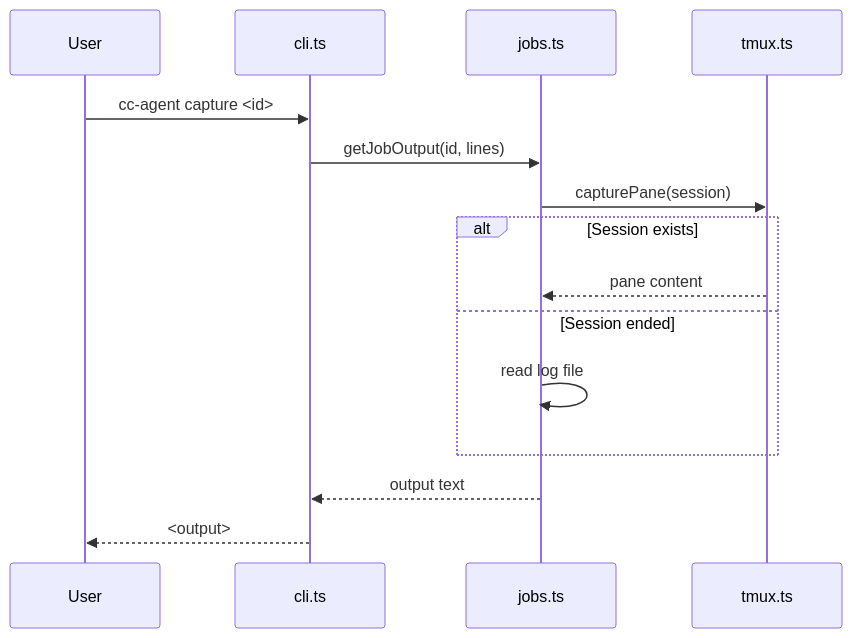
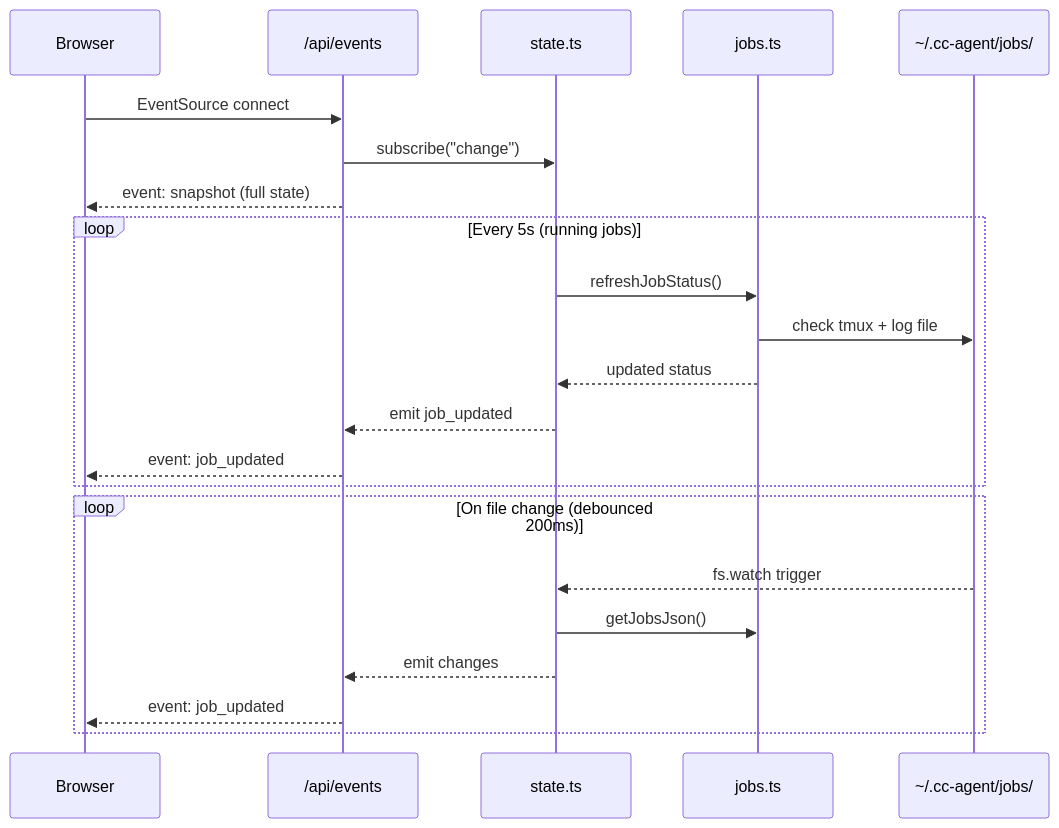
Before and after one commit to Narcis13/cc-master: the third of 5 diagrams in docs/CODEBASE_MAP.md, drawn with Mermaid. The commit also changed other lines of this file and 9 other files, not shown here.

````diff
--- a/docs/CODEBASE_MAP.md
+++ b/docs/CODEBASE_MAP.md
@@ -234,18 +443,27 @@
 ```mermaid
 sequenceDiagram
-    participant User
-    participant CLI as cli.ts
+    participant Browser
+    participant SSE as /api/events
+    participant State as state.ts
     participant Jobs as jobs.ts
-    participant Tmux as tmux.ts
+    participant FS as ~/.cc-agent/jobs/
 
-    User->>CLI: cc-agent capture <id>
-    CLI->>Jobs: getJobOutput(id, lines)
-    Jobs->>Tmux: capturePane(session)
-    alt Session exists
-        Tmux-->>Jobs: pane content
-    else Session ended
-        Jobs->>Jobs: read log file
+    Browser->>SSE: EventSource connect
+    SSE->>State: subscribe("change")
+    SSE-->>Browser: event: snapshot (full state)
+
+    loop Every 5s (running jobs)
+        State->>Jobs: refreshJobStatus()
+        Jobs->>FS: check tmux + log file
+        Jobs-->>State: updated status
+        State-->>SSE: emit job_updated
+        SSE-->>Browser: event: job_updated
     end
-    Jobs-->>CLI: output text
-    CLI-->>User: <output>
+
+    loop On file change (debounced 200ms)
+        FS-->>State: fs.watch trigger
+        State->>Jobs: getJobsJson()
+        State-->>SSE: emit changes
+        SSE-->>Browser: event: job_updated
+    end
 ```
````
